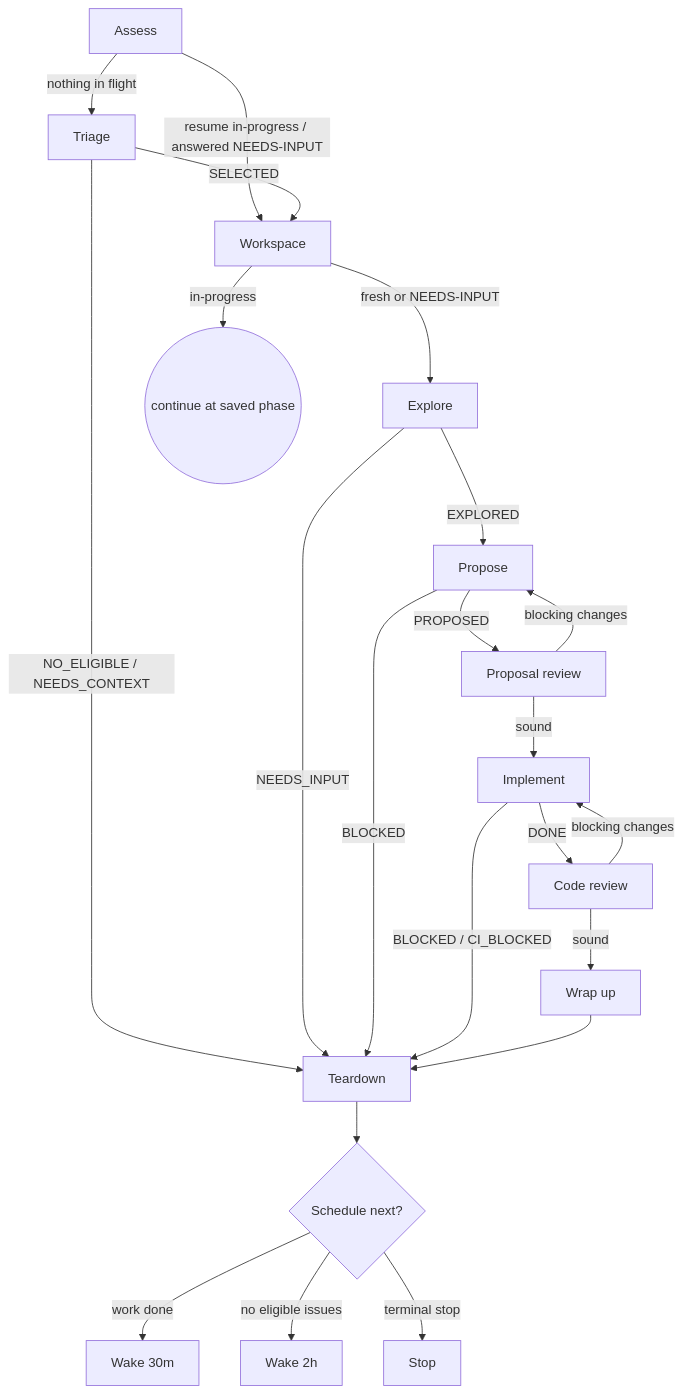
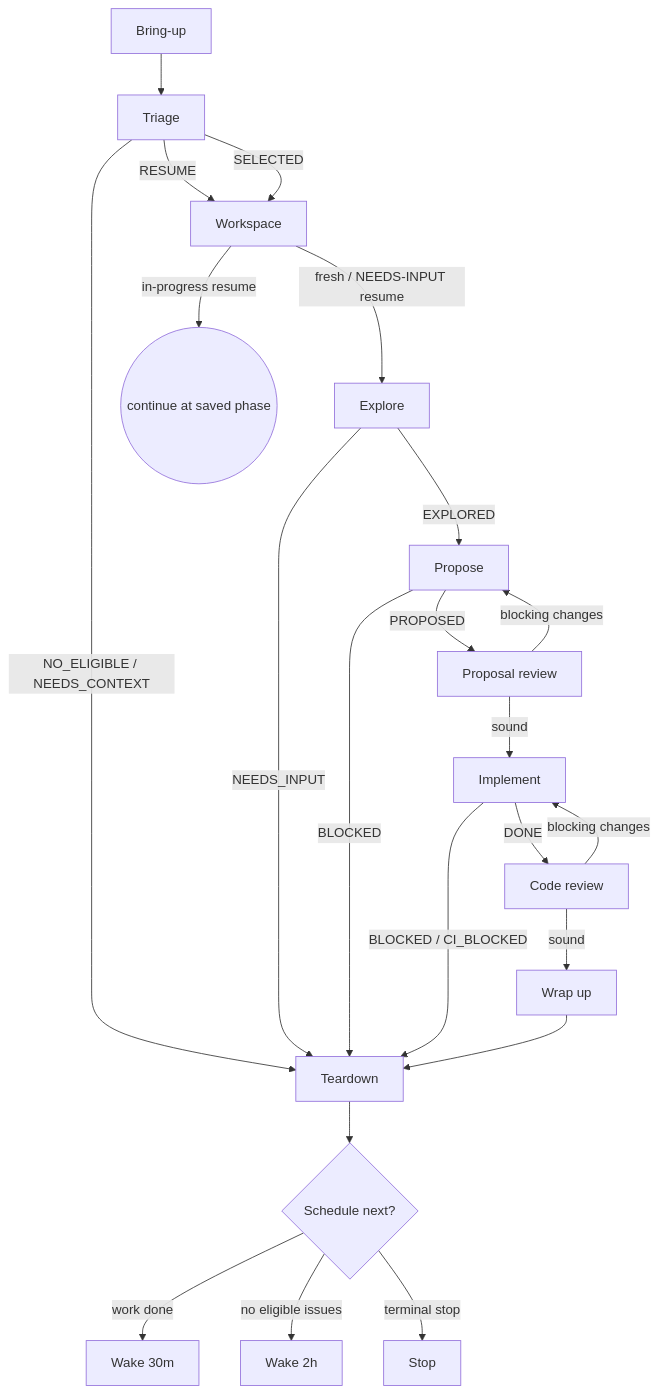
The diagram in skill/openspec-auto/SKILL.md (dafrick/openspec-auto), drawn with Mermaid before and after one commit. The commit also changed other lines of this file and 1 other file, not shown here.

First line of the commit message:
refactor: stateless across runs — Bring-up + Triage-owned resume detection

````diff
--- a/skill/openspec-auto/SKILL.md
+++ b/skill/openspec-auto/SKILL.md
@@ -13,29 +13,29 @@
 ```mermaid
 flowchart TD
-    A[Assess] -->|resume in-progress / answered NEEDS-INPUT| W[Workspace]
-    A -->|nothing in flight| T[Triage]
+    B[Bring-up] --> T[Triage]
 
+    T -->|RESUME| W[Workspace]
     T -->|SELECTED| W
     T -->|NO_ELIGIBLE / NEEDS_CONTEXT| Z[Teardown]
 
-    W -->|fresh or NEEDS-INPUT| E[Explore]
-    W -->|in-progress| RJ((continue at saved phase))
+    W -->|fresh / NEEDS-INPUT resume| E[Explore]
+    W -->|in-progress resume| RJ((continue at saved phase))
     E -->|EXPLORED| P[Propose]
     E -->|NEEDS_INPUT| Z
 
     P -->|PROPOSED| PV[Proposal review]
     P -->|BLOCKED| Z
     PV -->|sound| I[Implement]
     PV -->|blocking changes| P
     I -->|DONE| V[Code review]
     I -->|BLOCKED / CI_BLOCKED| Z
 
     V -->|sound| F[Wrap up]
     V -->|blocking changes| I
 
     F --> Z
     Z --> S{Schedule next?}
     S -->|work done| K[Wake 30m]
     S -->|no eligible issues| L[Wake 2h]
     S -->|terminal stop| H[Stop]
 ```
````
